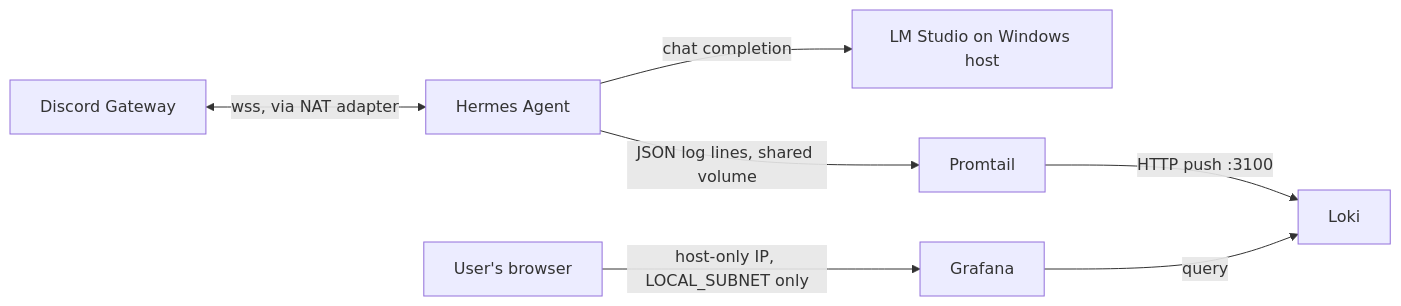
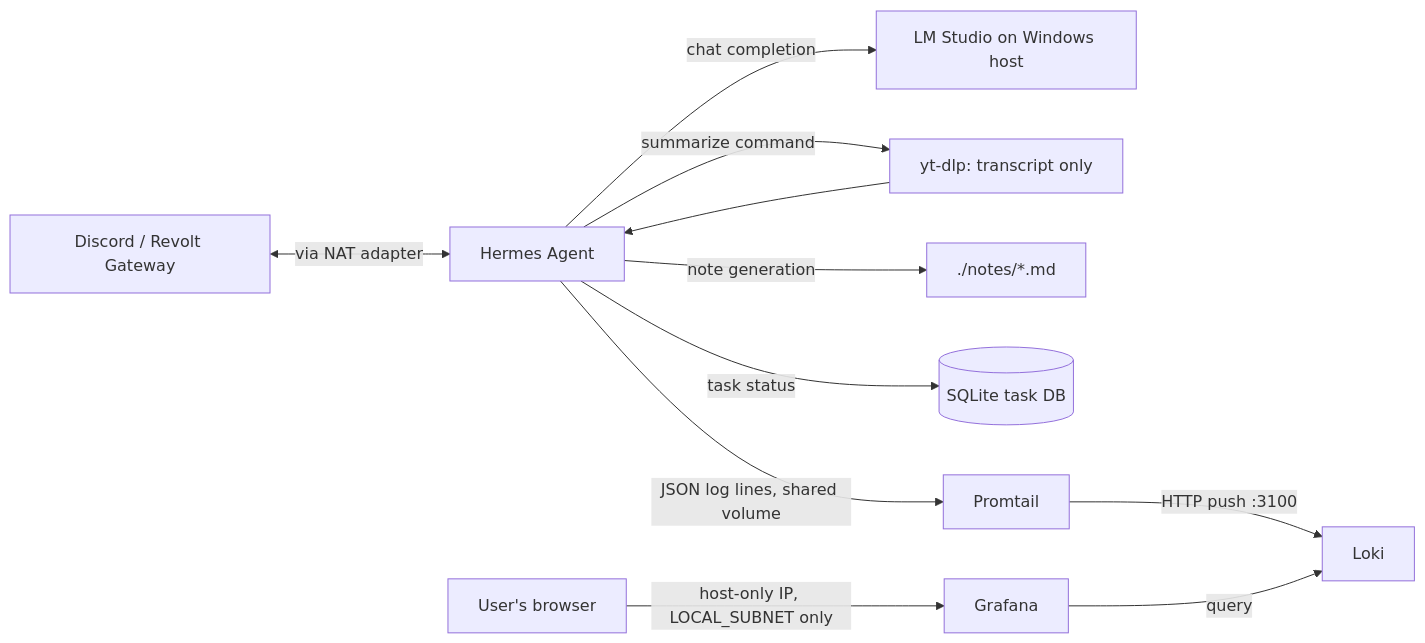
The diagram in docs/ARCHITECTURE.md (cv-ai-sec/cv-hermes), drawn with Mermaid before and after one commit. The commit also changed other lines of this file and 26 other files, not shown here.

Commit message:
Add Discord/Revolt task-automation pipeline and docs/USER-GUIDE.md

````diff
--- a/docs/ARCHITECTURE.md
+++ b/docs/ARCHITECTURE.md
@@ -3,9 +3,13 @@
 ```mermaid
 graph LR
-  A[Discord Gateway] <-->|wss, via NAT adapter| B[Hermes Agent]
+  A[Discord / Revolt Gateway] <-->|via NAT adapter| B[Hermes Agent]
   B -->|chat completion| C[LM Studio on Windows host]
+  B -->|summarize command| Y[yt-dlp: transcript only]
+  Y --> B
+  B -->|note generation| N[./notes/*.md]
+  B -->|task status| T[(SQLite task DB)]
   B -->|JSON log lines, shared volume| D[Promtail]
   D -->|HTTP push :3100| E[Loki]
   F[Grafana] -->|query| E
   U[User's browser] -->|host-only IP, LOCAL_SUBNET only| F
 ```
````
